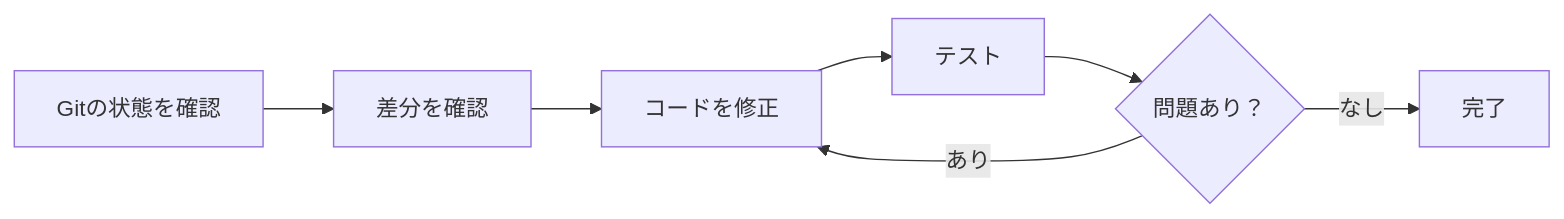
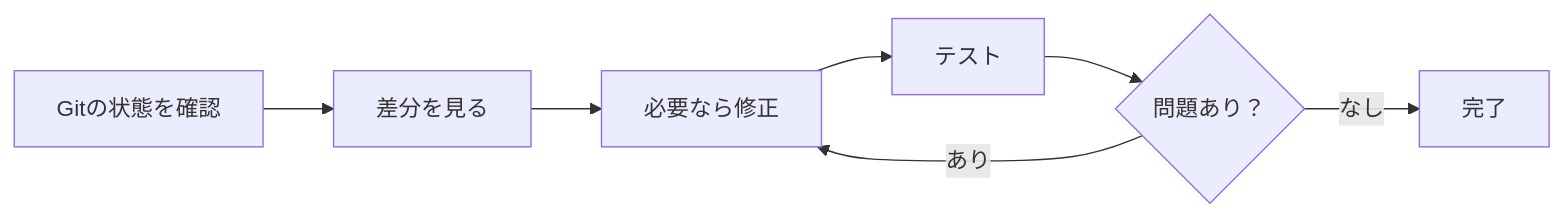
One commit to kkoch5t2/zenn-contents changed the third of 5 diagrams in articles/remote-desktop-commander-smartphone.md. Above: the diagram before and after it, drawn with Mermaid. The commit also changed other lines of this file, not shown here.

````diff
--- a/articles/remote-desktop-commander-smartphone.md
+++ b/articles/remote-desktop-commander-smartphone.md
@@ -65,9 +62,9 @@
 ```mermaid
 flowchart LR
-    A["Gitの状態を確認"] --> B["差分を確認"]
-    B --> C["コードを修正"]
+    A["Gitの状態を確認"] --> B["差分を見る"]
+    B --> C["必要なら修正"]
     C --> D["テスト"]
     D --> E{"問題あり？"}
     E -- "あり" --> C
     E -- "なし" --> F["完了"]
 ```
````
